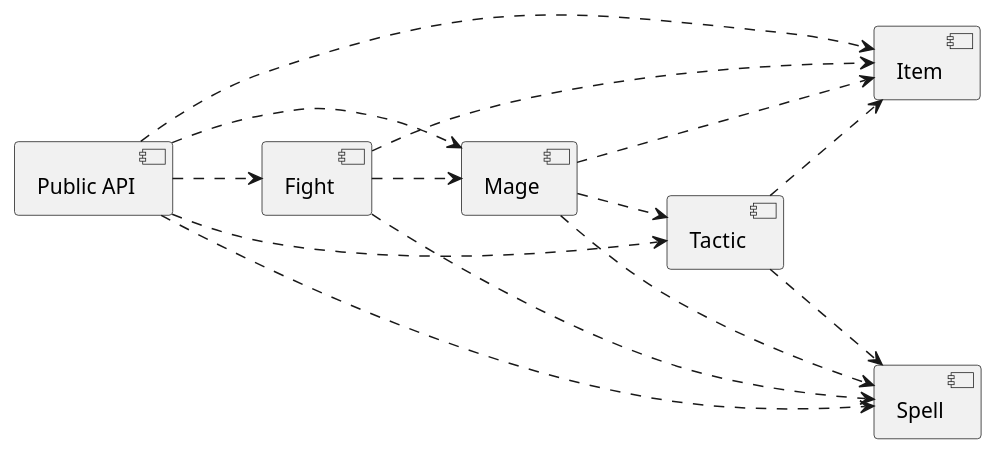
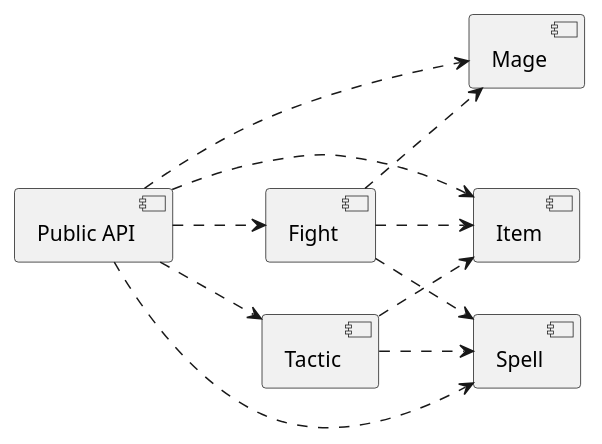
Before and after one commit to alienspaces/holyragingmages: the diagram in README.md, drawn with PlantUML.

````diff
--- a/README.md
+++ b/README.md
@@ -38,16 +38,13 @@
 ```plantuml
 left to right direction
 [Public API] ..> [Mage]
 [Public API] ..> [Item]
 [Public API] ..> [Spell]
 [Public API] ..> [Fight]
 [Public API] ..> [Tactic]
-[Mage] ..> [Item]
-[Mage] ..> [Spell]
-[Mage] ..> [Tactic]
 [Fight] ..> [Mage]
 [Fight] ..> [Spell]
 [Fight] ..> [Item]
 [Tactic] ..> [Spell]
 [Tactic] ..> [Item]
 ```
````
